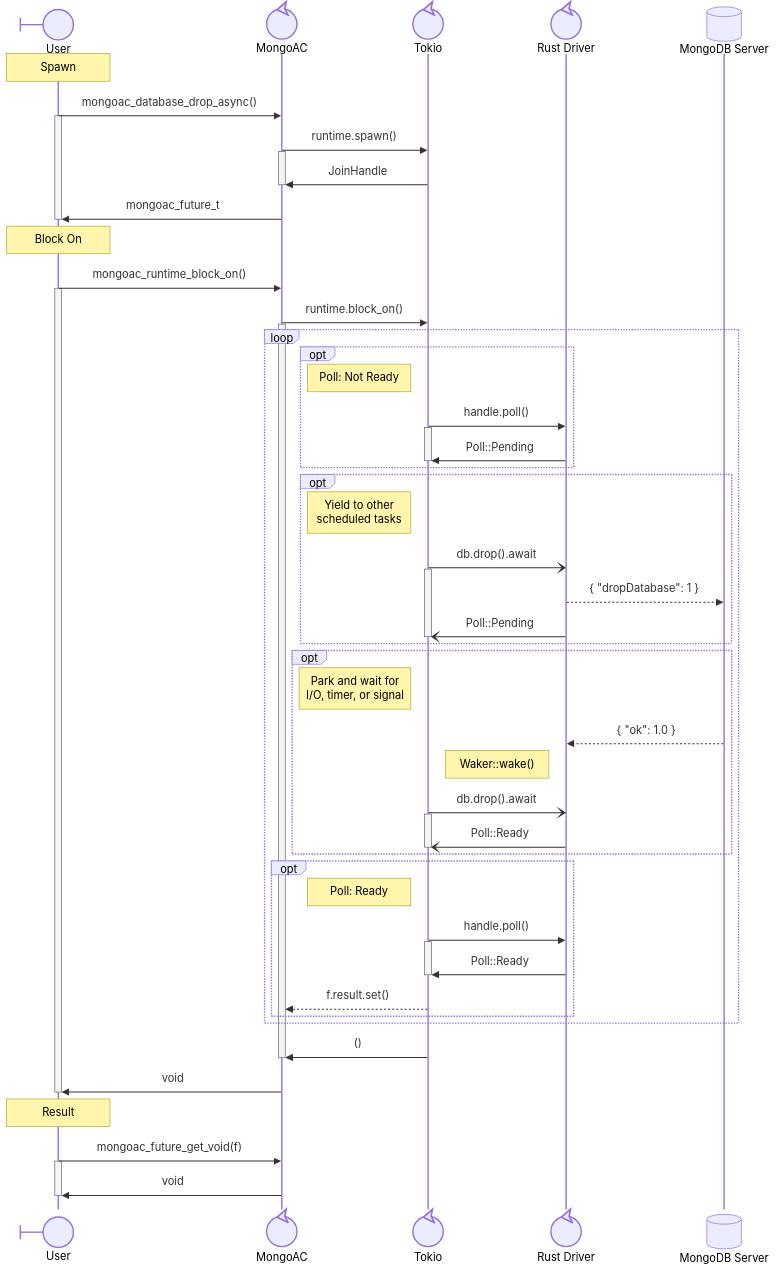
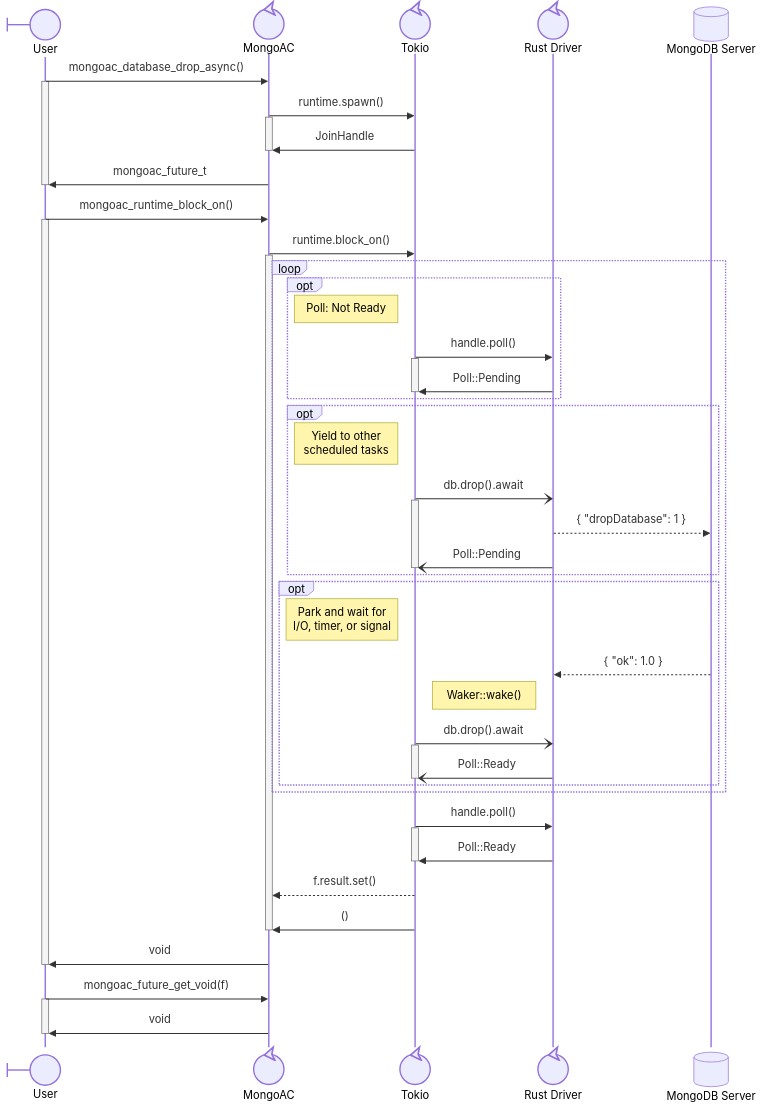
The first of 3 diagrams in README.md (mongodb-labs/mongoac-spec), drawn with Mermaid before and after one commit. The commit also changed other lines of this file, not shown here.

Commit message:
Move `handle.poll()` out of loops to clarify exit conditions

````diff
--- a/README.md
+++ b/README.md
@@ -1395,69 +1395,63 @@
 ```mermaid
 sequenceDiagram
 
 participant U@{"alias": "User", "type": "boundary"}
 participant M@{"alias": "MongoAC", "type": "control"}
 participant T@{"alias": "Tokio", "type": "control"}
 participant R@{"alias": "Rust Driver", "type": "control"}
 participant S@{"alias": "MongoDB Server", "type": "database"}
 
-Note over U: Spawn
 U ->> M: mongoac_database_drop_async()
 activate U
   M ->> T: runtime.spawn()
   activate M
     T ->> M: JoinHandle
     deactivate M
   M ->> U: mongoac_future_t
 deactivate U
 
-Note over U: Block On
 U ->> M: mongoac_runtime_block_on()
 activate U
   M ->> T: runtime.block_on()
   activate M
     loop
       opt
         Note left of T: Poll: Not Ready
         T ->> R: handle.poll()
         activate T
           R ->> T: Poll::Pending
         deactivate T
       end
       opt
         Note left of T: Yield to other<br>scheduled tasks
         T -) R: db.drop().await
         activate T
           R -->> S: { "dropDatabase": 1 }
           R -) T: Poll::Pending
         deactivate T
       end
       opt
         Note left of T: Park and wait for<br>I/O, timer, or signal
         S -->> R: { "ok": 1.0 }
         Note right of T: Waker::wake()
         T -) R: db.drop().await
         activate T
           R -) T: Poll::Ready
         deactivate T
       end
-      opt
-        Note left of T: Poll: Ready
-        T ->> R: handle.poll()
-        activate T
-          R ->> T: Poll::Ready
-        deactivate T
-        T -->> M: f.result.set()
-      end
     end
+    T ->> R: handle.poll()
+    activate T
+      R ->> T: Poll::Ready
+    deactivate T
+    T -->> M: f.result.set()
     T ->> M: ()
   deactivate M
   M ->> U: void
 deactivate U
 
-Note over U: Result
 U ->> M: mongoac_future_get_void(f)
 activate U
   M ->> U: void
 deactivate U
 ```
````
